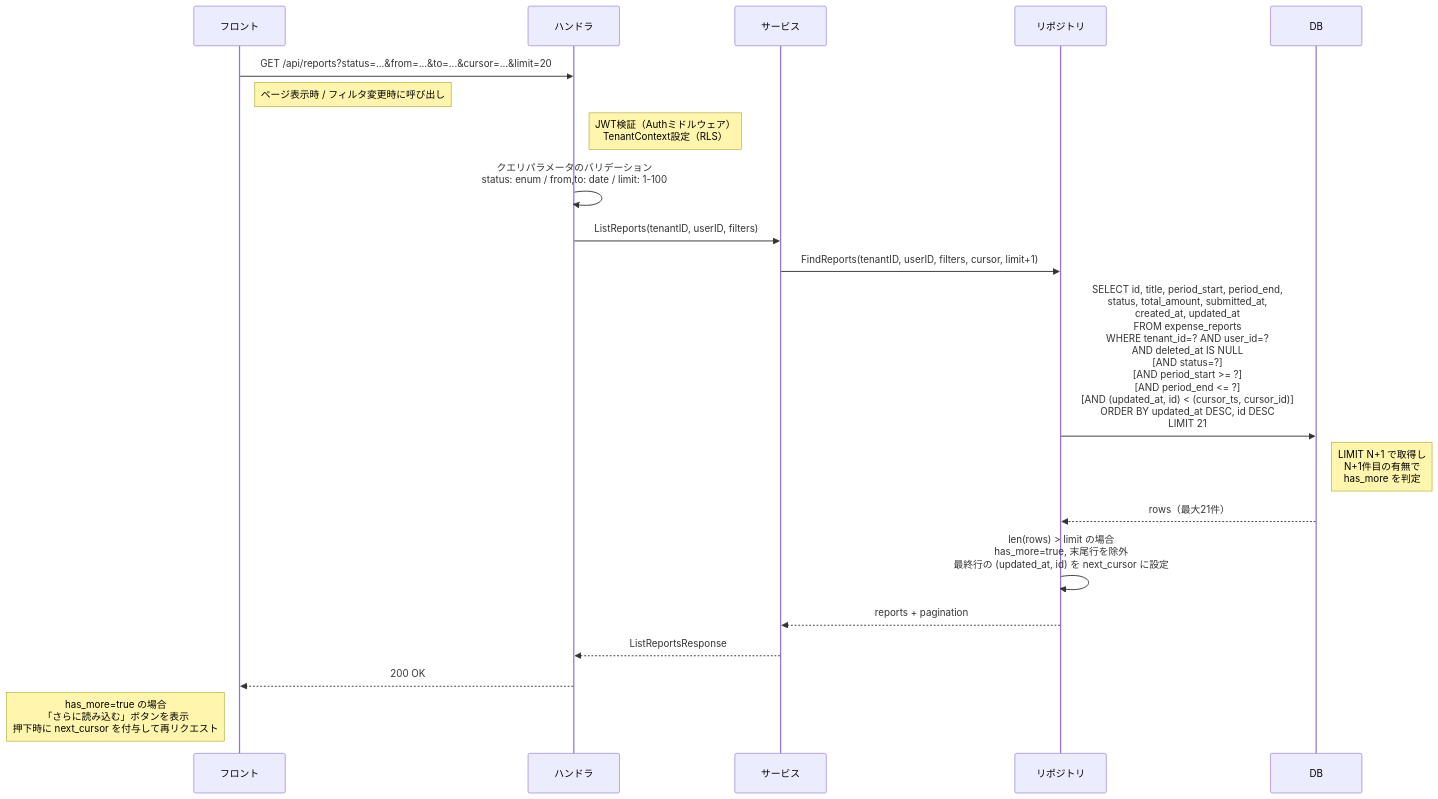
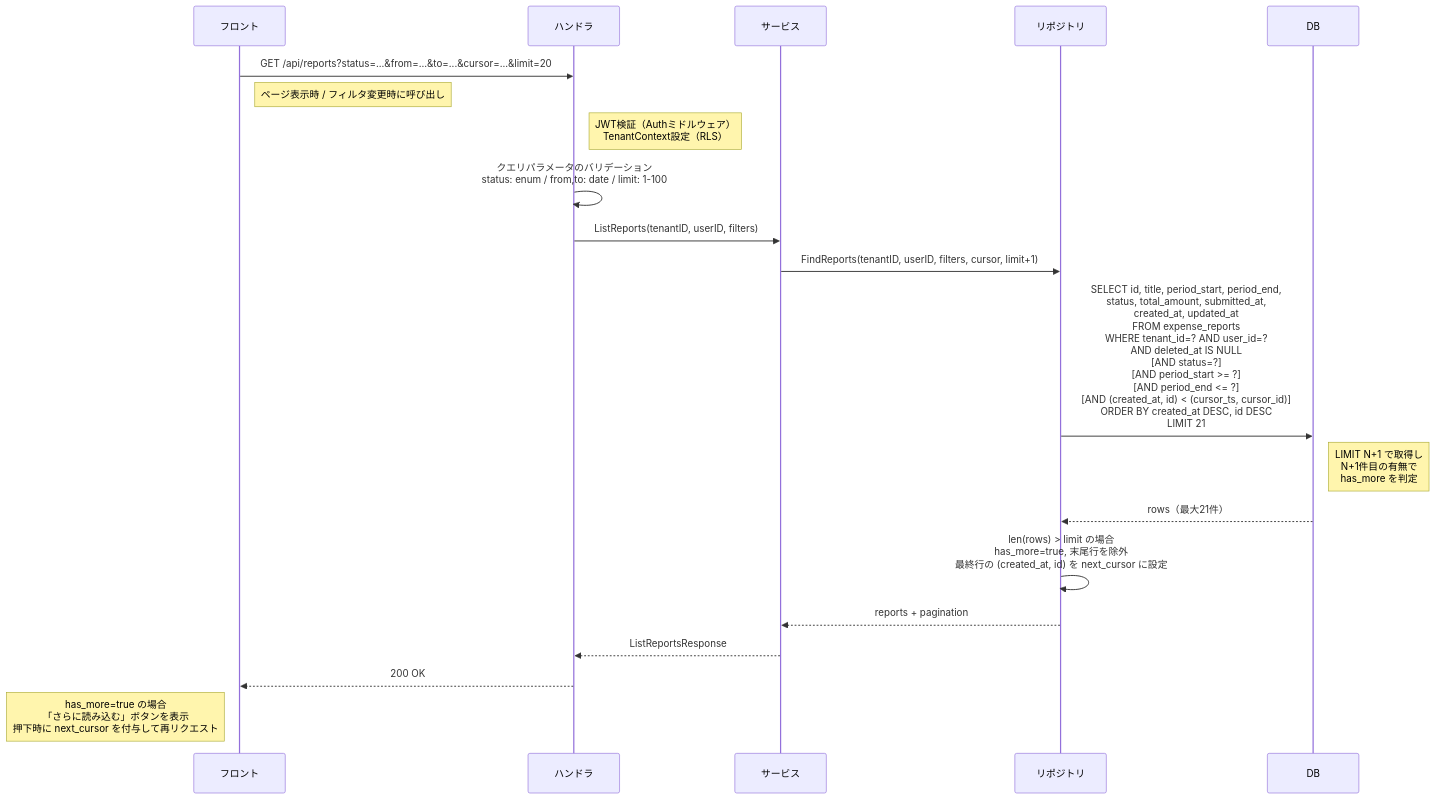
The diagram in deliverables/docs/50_detail_design/screens/report-list.md (atsuro128/dev-journal), drawn with Mermaid before and after one commit. The commit also changed 3 other files, not shown here.

````diff
--- a/deliverables/docs/50_detail_design/screens/report-list.md
+++ b/deliverables/docs/50_detail_design/screens/report-list.md
@@ -215,23 +215,23 @@
 ```mermaid
 sequenceDiagram
     participant F as フロント
     participant H as ハンドラ
     participant S as サービス
     participant R as リポジトリ
     participant DB as DB
 
     F->>H: GET /api/reports?status=...&from=...&to=...&cursor=...&limit=20
     Note right of F: ページ表示時 / フィルタ変更時に呼び出し
     Note right of H: JWT検証（Authミドルウェア）<br/>TenantContext設定（RLS）
     H->>H: クエリパラメータのバリデーション<br/>status: enum / from,to: date / limit: 1-100
     H->>S: ListReports(tenantID, userID, filters)
     S->>R: FindReports(tenantID, userID, filters, cursor, limit+1)
-    R->>DB: SELECT id, title, period_start, period_end,<br/>status, total_amount, submitted_at,<br/>created_at, updated_at<br/>FROM expense_reports<br/>WHERE tenant_id=? AND user_id=?<br/>AND deleted_at IS NULL<br/>[AND status=?]<br/>[AND period_start >= ?]<br/>[AND period_end <= ?]<br/>[AND (updated_at, id) < (cursor_ts, cursor_id)]<br/>ORDER BY updated_at DESC, id DESC<br/>LIMIT 21
+    R->>DB: SELECT id, title, period_start, period_end,<br/>status, total_amount, submitted_at,<br/>created_at, updated_at<br/>FROM expense_reports<br/>WHERE tenant_id=? AND user_id=?<br/>AND deleted_at IS NULL<br/>[AND status=?]<br/>[AND period_start >= ?]<br/>[AND period_end <= ?]<br/>[AND (created_at, id) < (cursor_ts, cursor_id)]<br/>ORDER BY created_at DESC, id DESC<br/>LIMIT 21
     Note right of DB: LIMIT N+1 で取得し<br/>N+1件目の有無で<br/>has_more を判定
     DB-->>R: rows（最大21件）
-    R->>R: len(rows) > limit の場合<br/>has_more=true, 末尾行を除外<br/>最終行の (updated_at, id) を next_cursor に設定
+    R->>R: len(rows) > limit の場合<br/>has_more=true, 末尾行を除外<br/>最終行の (created_at, id) を next_cursor に設定
     R-->>S: reports + pagination
     S-->>H: ListReportsResponse
     H-->>F: 200 OK
     Note left of F: has_more=true の場合<br/>「さらに読み込む」ボタンを表示<br/>押下時に next_cursor を付与して再リクエスト
 ```
````
